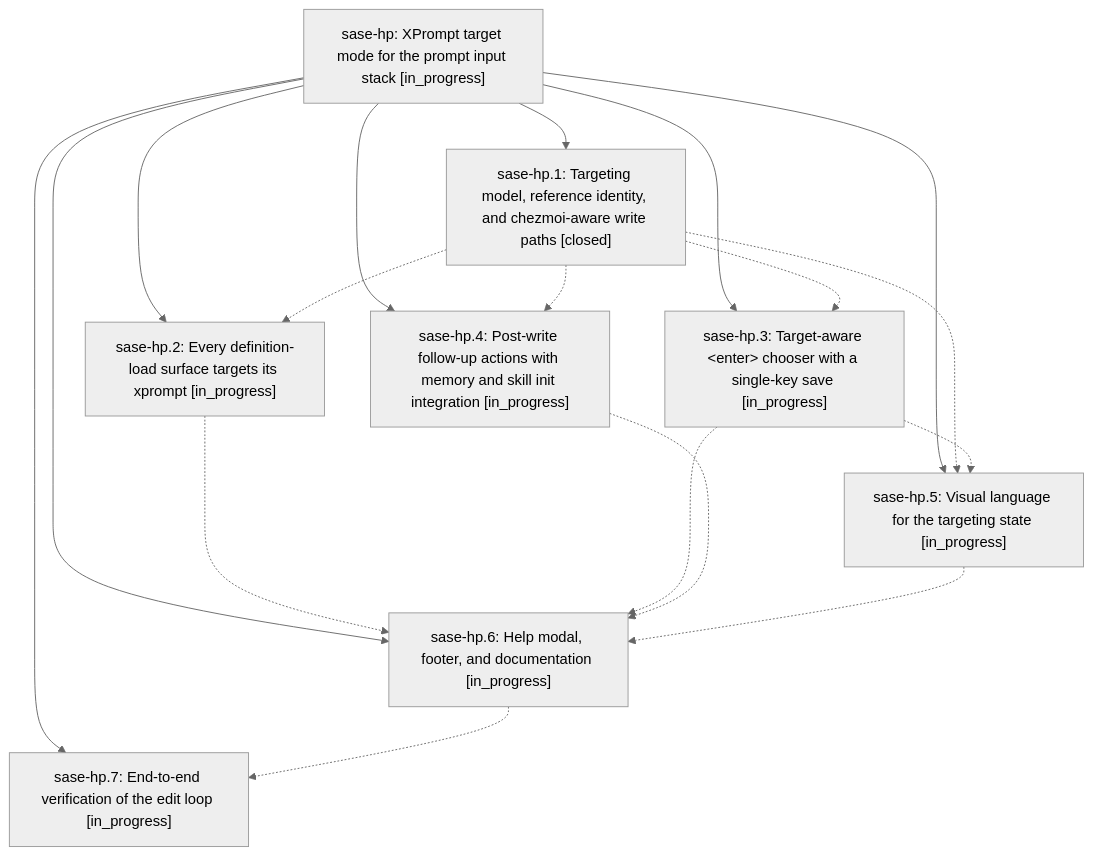
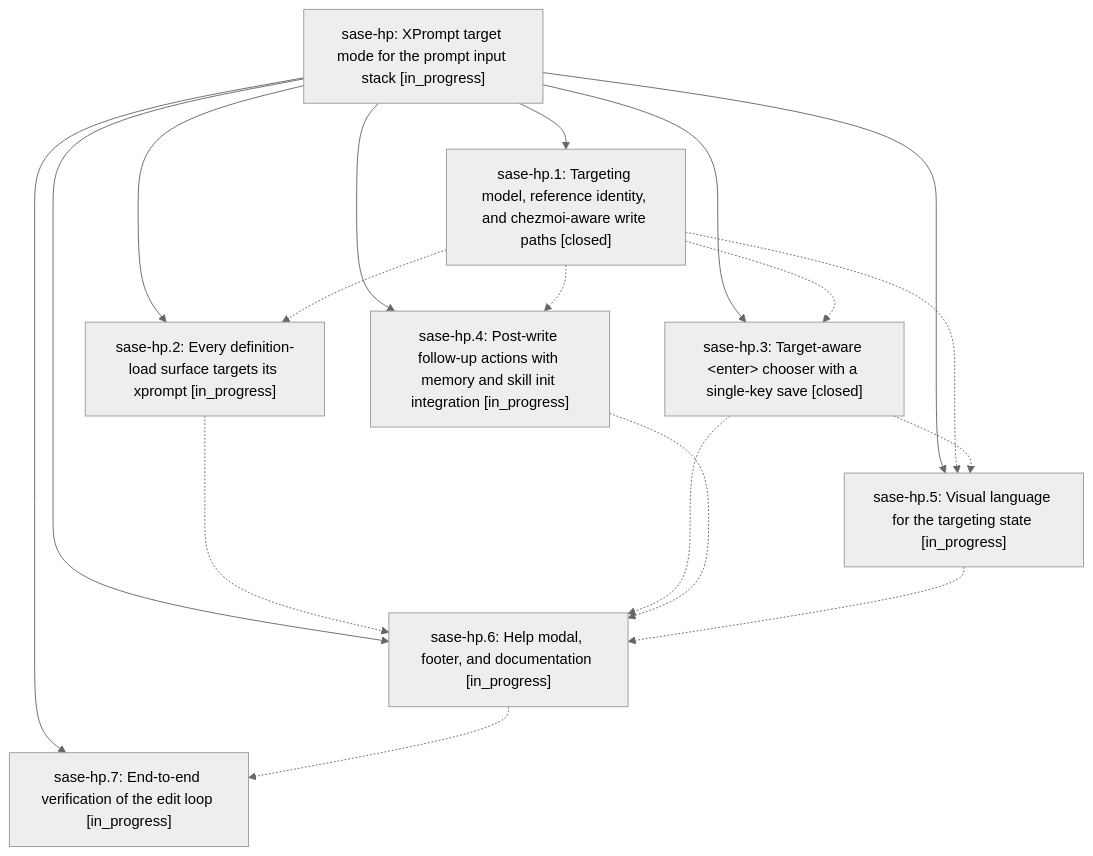
Before and after one commit to sase-org/sase--beads: the diagram in pages/sase-hp/README.md, drawn with Mermaid (neutral theme). The commit also changed other lines of this file and 4 other files, not shown here.

````diff
--- a/pages/sase-hp/README.md
+++ b/pages/sase-hp/README.md
@@ -28,28 +28,28 @@
 ```mermaid
 flowchart TD
     n0["sase-hp: XPrompt target mode for the prompt input stack [in_progress]"]
     n1["sase-hp.1: Targeting model, reference identity, and chezmoi-aware write paths [closed]"]
     n2["sase-hp.2: Every definition-load surface targets its xprompt [in_progress]"]
-    n3["sase-hp.3: Target-aware &lt;enter&gt; chooser with a single-key save [in_progress]"]
+    n3["sase-hp.3: Target-aware &lt;enter&gt; chooser with a single-key save [closed]"]
     n4["sase-hp.4: Post-write follow-up actions with memory and skill init integration [in_progress]"]
     n5["sase-hp.5: Visual language for the targeting state [in_progress]"]
     n6["sase-hp.6: Help modal, footer, and documentation [in_progress]"]
     n7["sase-hp.7: End-to-end verification of the edit loop [in_progress]"]
     n0 --> n1
     n0 --> n2
     n0 --> n3
     n0 --> n4
     n0 --> n5
     n0 --> n6
     n0 --> n7
     n1 -.-> n2
     n1 -.-> n3
     n1 -.-> n4
     n1 -.-> n5
     n2 -.-> n6
     n3 -.-> n5
     n3 -.-> n6
     n4 -.-> n6
     n5 -.-> n6
     n6 -.-> n7
 ```
````
